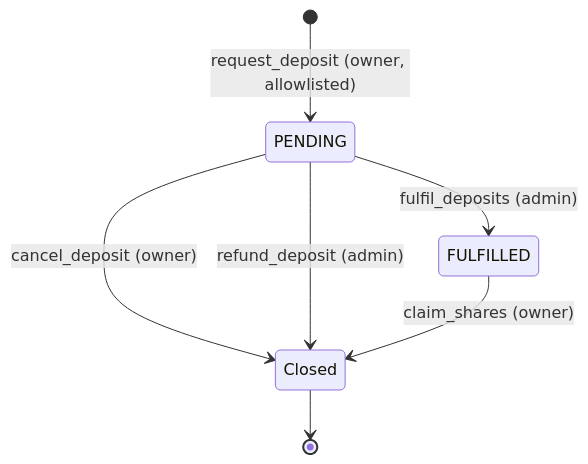
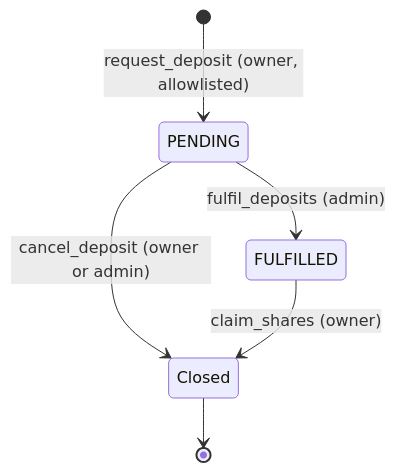
One commit to mutav-finance/mutav-protocol-solana changed the third of 5 diagrams in docs/architecture/state-machines.md. Above: the diagram before and after it, drawn with Mermaid. The commit also changed other lines of this file and 41 other files, not shown here.

````diff
--- a/docs/architecture/state-machines.md
+++ b/docs/architecture/state-machines.md
@@ -76,9 +79,8 @@
 ```mermaid
 stateDiagram-v2
   [*] --> PENDING: request_deposit (owner, allowlisted)
   PENDING --> FULFILLED: fulfil_deposits (admin)
-  PENDING --> Closed: cancel_deposit (owner)
-  PENDING --> Closed: refund_deposit (admin)
+  PENDING --> Closed: cancel_deposit (owner or admin)
   FULFILLED --> Closed: claim_shares (owner)
   Closed --> [*]
 ```
````
